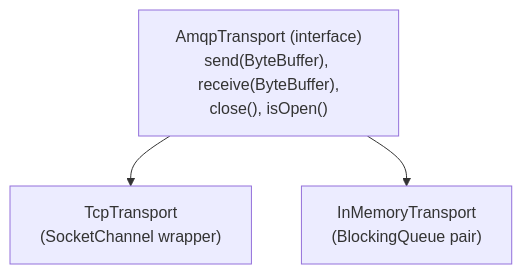
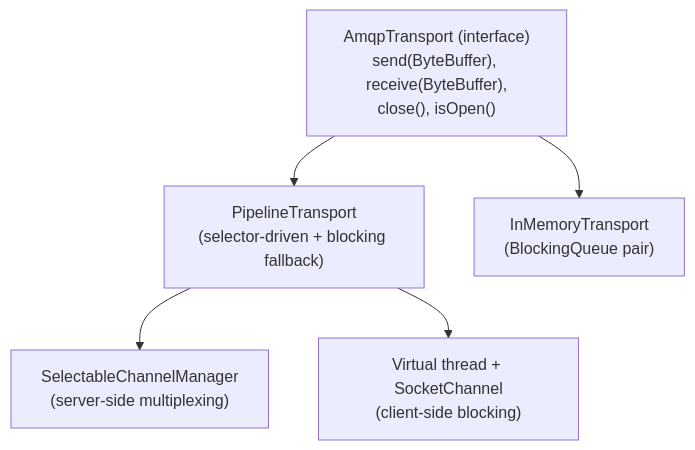
One commit to 000ssg/lego-flow changed the tenth of 10 diagrams in messaging/amqp/doc/ARCHITECTURE.md. Above: the diagram before and after it, drawn with Mermaid. The commit also changed other lines of this file and 54 other files, not shown here.

````diff
--- a/messaging/amqp/doc/ARCHITECTURE.md
+++ b/messaging/amqp/doc/ARCHITECTURE.md
@@ -219,6 +212,8 @@
 ```mermaid
 graph TD
     AT["AmqpTransport (interface)<br/>send(ByteBuffer), receive(ByteBuffer),<br/>close(), isOpen()"]
-    AT --> TCP["TcpTransport<br/>(SocketChannel wrapper)"]
+    AT --> PT["PipelineTransport<br/>(selector-driven + blocking fallback)"]
     AT --> IM["InMemoryTransport<br/>(BlockingQueue pair)"]
+    PT --> SM["SelectableChannelManager<br/>(server-side multiplexing)"]
+    PT --> VT["Virtual thread + SocketChannel<br/>(client-side blocking)"]
 ```
````
